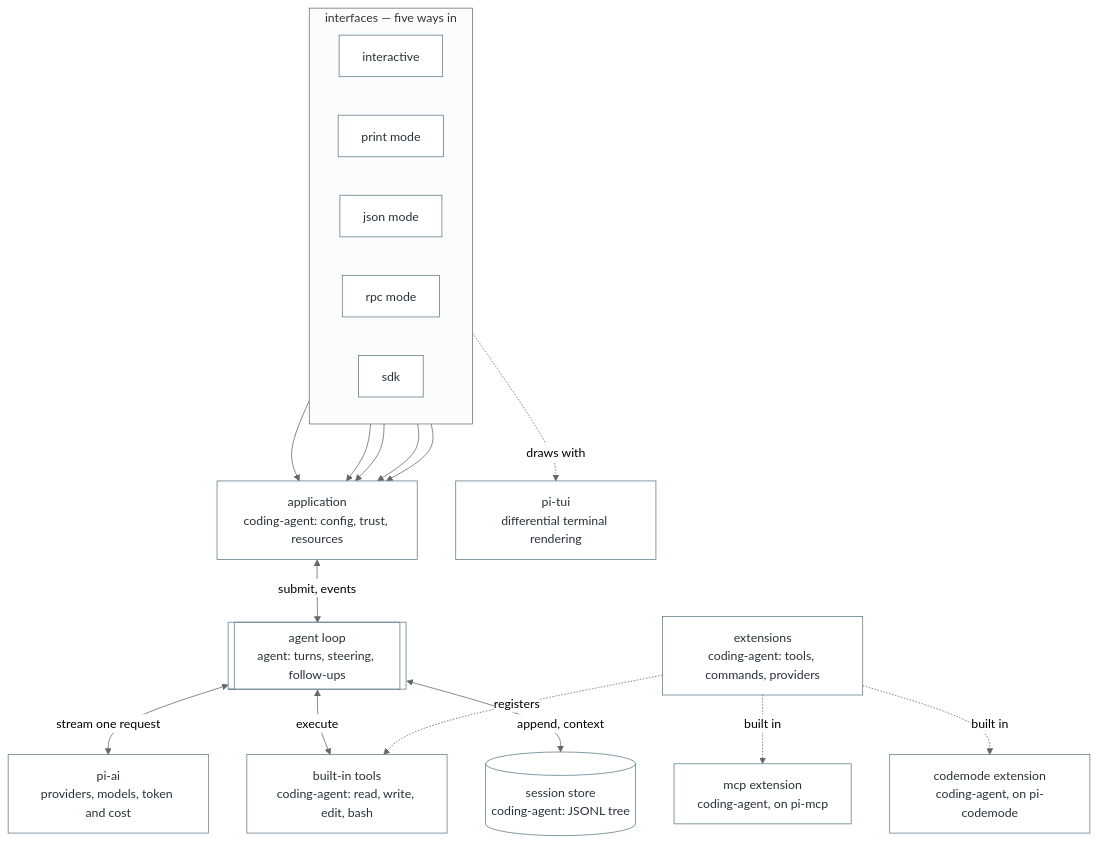
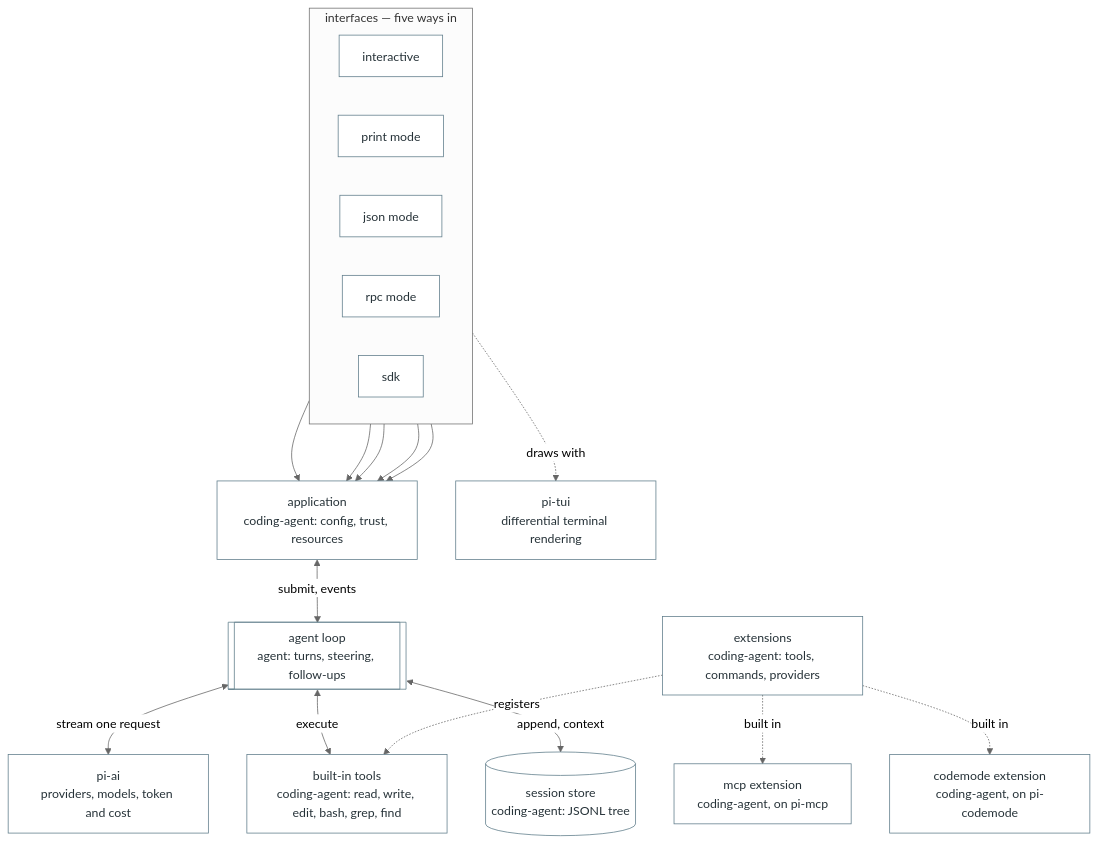
Before and after one commit to OverbearingPearl/pearl: the first of 2 diagrams in README.md, drawn with Mermaid (neutral theme). The commit also changed other lines of this file, not shown here.

````diff
--- a/README.md
+++ b/README.md
@@ -168,35 +168,35 @@
 ```mermaid
 flowchart TB
   subgraph ifaces["interfaces — five ways in"]
     direction LR
     i_tui["interactive"]
     i_print["print mode"]
     i_json["json mode"]
     i_rpc["rpc mode"]
     i_sdk["sdk"]
   end
   a_shell["application<br/>coding-agent: config, trust, resources"]
-  a_tools["built-in tools<br/>coding-agent: read, write, edit, bash"]
+  a_tools["built-in tools<br/>coding-agent: read, write, edit, bash, grep, find"]
   a_ext["extensions<br/>coding-agent: tools, commands, providers"]
   a_store[("session store<br/>coding-agent: JSONL tree")]
   l_loop[["agent loop<br/>agent: turns, steering, follow-ups"]]
   ai["pi-ai<br/>providers, models, token and cost"]
   tui["pi-tui<br/>differential terminal rendering"]
   mcp["mcp extension<br/>coding-agent, on pi-mcp"]
   codemode["codemode extension<br/>coding-agent, on pi-codemode"]
   i_tui --> a_shell
   i_print --> a_shell
   i_json --> a_shell
   i_rpc --> a_shell
   i_sdk --> a_shell
   i_tui -.->|draws with| tui
   a_shell <-->|submit, events| l_loop
   l_loop <-->|stream one request| ai
   l_loop <-->|execute| a_tools
   l_loop <-->|append, context| a_store
   a_ext -.->|registers| a_tools
   a_ext -.->|built in| mcp
   a_ext -.->|built in| codemode
   classDef base fill:#ffffff,stroke:#607d8b,color:#263238
   class i_tui,i_print,i_json,i_rpc,i_sdk,a_shell,a_tools,a_ext,a_store,l_loop,ai,tui,mcp,codemode base
 ```
````
